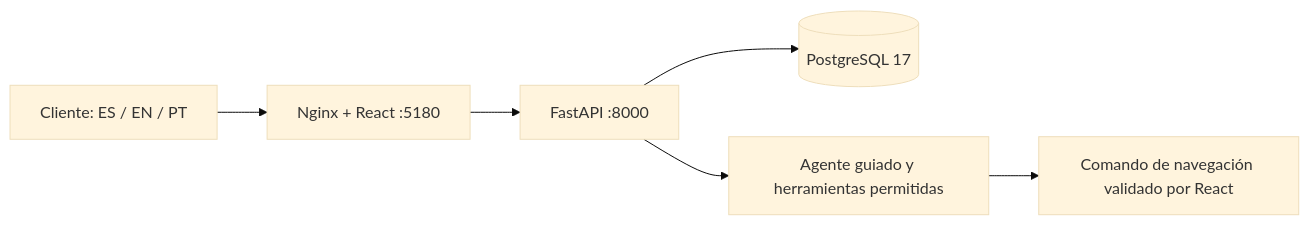
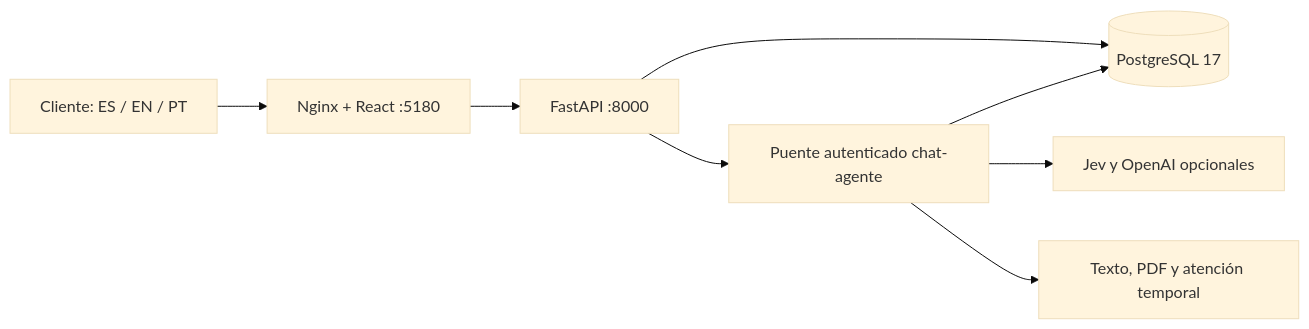
One commit to nexqori/factored-hackathon-2026-nexqori changed the diagram in docs/arquitectura.md. Above: the diagram before and after it, drawn with Mermaid (base theme). The commit also changed other lines of this file and 41 other files, not shown here.

Commit message:
chat-agente-tests

````diff
--- a/docs/arquitectura.md
+++ b/docs/arquitectura.md
@@ -5,8 +5,10 @@
 ```mermaid
 flowchart LR
   C[Cliente: ES / EN / PT] --> W[Nginx + React :5180]
   W --> A[FastAPI :8000]
   A --> P[(PostgreSQL 17)]
-  A --> N[Agente guiado y herramientas permitidas]
-  N --> R[Comando de navegación validado por React]
+  A --> N[Puente autenticado chat-agente]
+  N --> P
+  N --> L[Jev y OpenAI opcionales]
+  N --> R[Texto, PDF y atención temporal]
 ```
````
